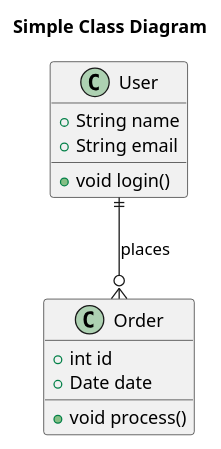
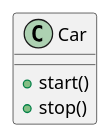
The second of 2 diagrams in README.md (BenkoSoft/plantuml), drawn with PlantUML before and after one commit. The commit also changed other lines of this file, not shown here.

````diff
--- a/README.md
+++ b/README.md
@@ -59,19 +30,8 @@
 ```plantuml
 @startuml
-title Simple Class Diagram
-
-class User {
-  +String name
-  +String email
-  +void login()
+class Car {
+  +start()
+  +stop()
 }
-
-class Order {
-  +int id
-  +Date date
-  +void process()
-}
-
-User ||--o{ Order : places
 @enduml
 ```
````
